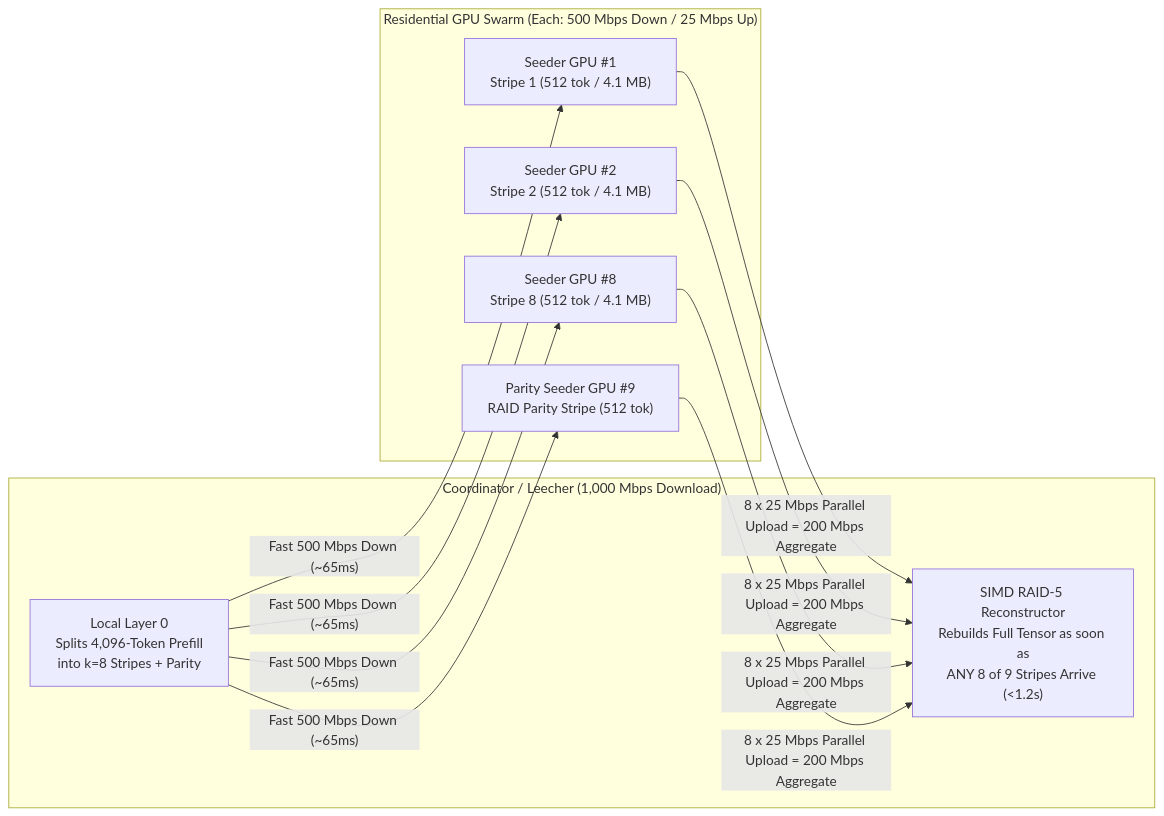
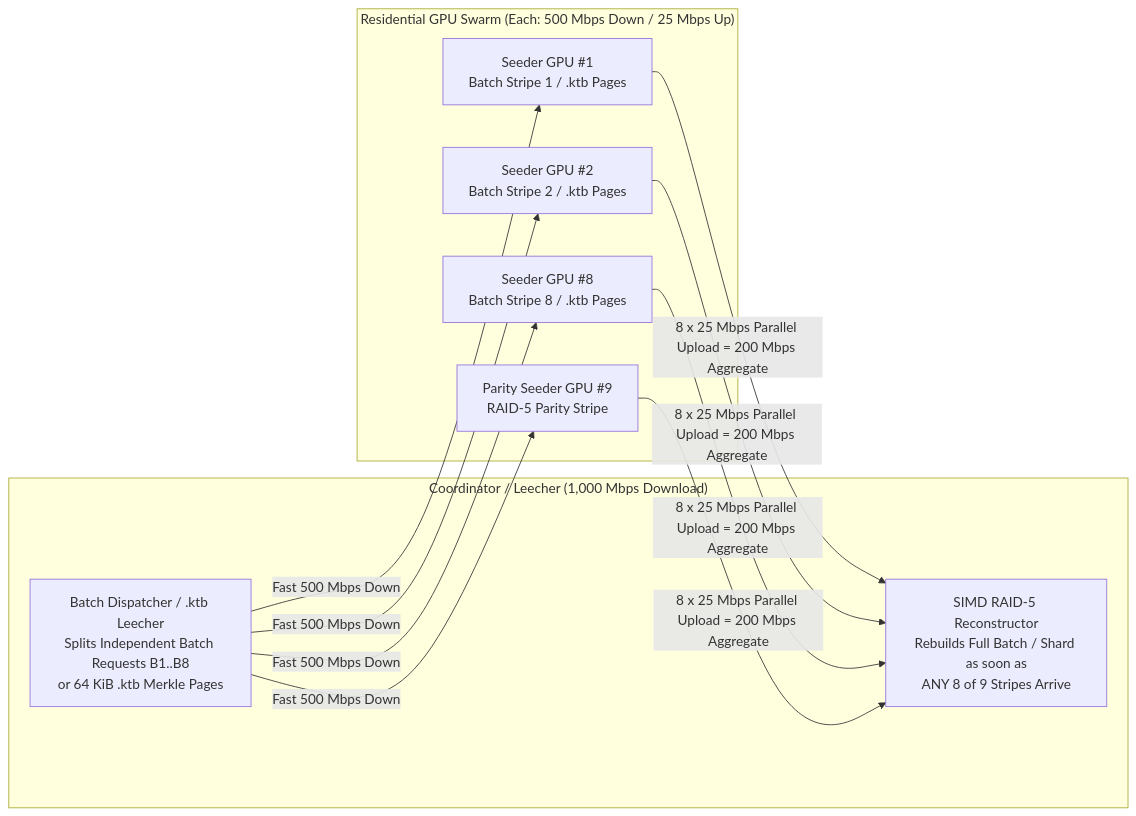
One commit to mESmaC/Kadmium changed the fourth of 6 diagrams in docs/MARKET_RESEARCH_AND_LAUNCH_PLAN.md. Above: the diagram before and after it, drawn with Mermaid. The commit also changed other lines of this file and 1 other file, not shown here.

````diff
--- a/docs/MARKET_RESEARCH_AND_LAUNCH_PLAN.md
+++ b/docs/MARKET_RESEARCH_AND_LAUNCH_PLAN.md
@@ -508,15 +523,15 @@
 ```mermaid
 flowchart LR
     subgraph Leecher_Coordinator["Coordinator / Leecher (1,000 Mbps Download)"]
-        L0["Local Layer 0\nSplits 4,096-Token Prefill\ninto k=8 Stripes + Parity"]
-        Gather["SIMD RAID-5 Reconstructor\nRebuilds Full Tensor as soon as\nANY 8 of 9 Stripes Arrive (<1.2s)"]
+        L0["Batch Dispatcher / .ktb Leecher\nSplits Independent Batch Requests B1..B8\nor 64 KiB .ktb Merkle Pages"]
+        Gather["SIMD RAID-5 Reconstructor\nRebuilds Full Batch / Shard as soon as\nANY 8 of 9 Stripes Arrive"]
     end
     subgraph Swarm_Seeders["Residential GPU Swarm (Each: 500 Mbps Down / 25 Mbps Up)"]
-        S1["Seeder GPU #1\nStripe 1 (512 tok / 4.1 MB)"]
-        S2["Seeder GPU #2\nStripe 2 (512 tok / 4.1 MB)"]
-        S8["Seeder GPU #8\nStripe 8 (512 tok / 4.1 MB)"]
-        SP["Parity Seeder GPU #9\nRAID Parity Stripe (512 tok)"]
+        S1["Seeder GPU #1\nBatch Stripe 1 / .ktb Pages"]
+        S2["Seeder GPU #2\nBatch Stripe 2 / .ktb Pages"]
+        S8["Seeder GPU #8\nBatch Stripe 8 / .ktb Pages"]
+        SP["Parity Seeder GPU #9\nRAID-5 Parity Stripe"]
     end
-    L0 -->|"Fast 500 Mbps Down (~65ms)"| S1 & S2 & S8 & SP
+    L0 -->|"Fast 500 Mbps Down"| S1 & S2 & S8 & SP
     S1 & S2 & S8 & SP -->|"8 x 25 Mbps Parallel Upload = 200 Mbps Aggregate"| Gather
 ```
````
